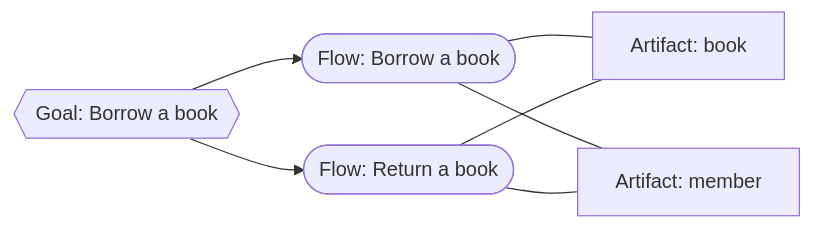
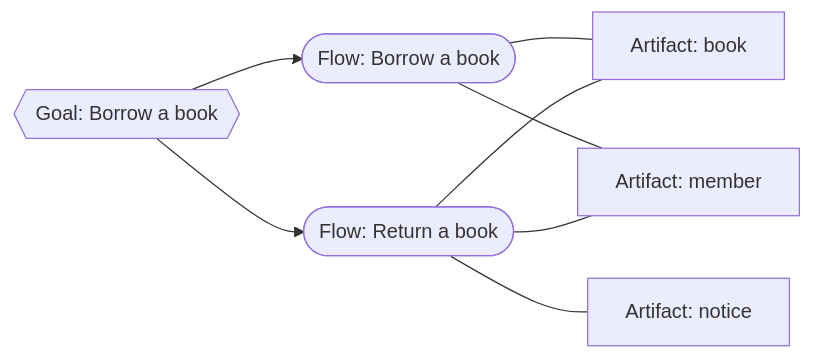
The diagram in docs/software-knowledges/system/knowledge-map.md (hieutran21198/Artifact-Driven-Framework), drawn with Mermaid before and after one commit. The commit also changed other lines of this file and 77 other files, not shown here.

````diff
--- a/docs/software-knowledges/system/knowledge-map.md
+++ b/docs/software-knowledges/system/knowledge-map.md
@@ -6,12 +6,13 @@
 ```mermaid
 flowchart LR
     goal_borrow{{Goal: Borrow a book}}
     flow_borrow([Flow: Borrow a book])
     flow_return([Flow: Return a book])
     book[Artifact: book]
     member[Artifact: member]
+    notice[Artifact: notice]
 
     goal_borrow --> flow_borrow & flow_return
     flow_borrow --- book & member
-    flow_return --- book & member
+    flow_return --- book & member & notice
 ```
````
